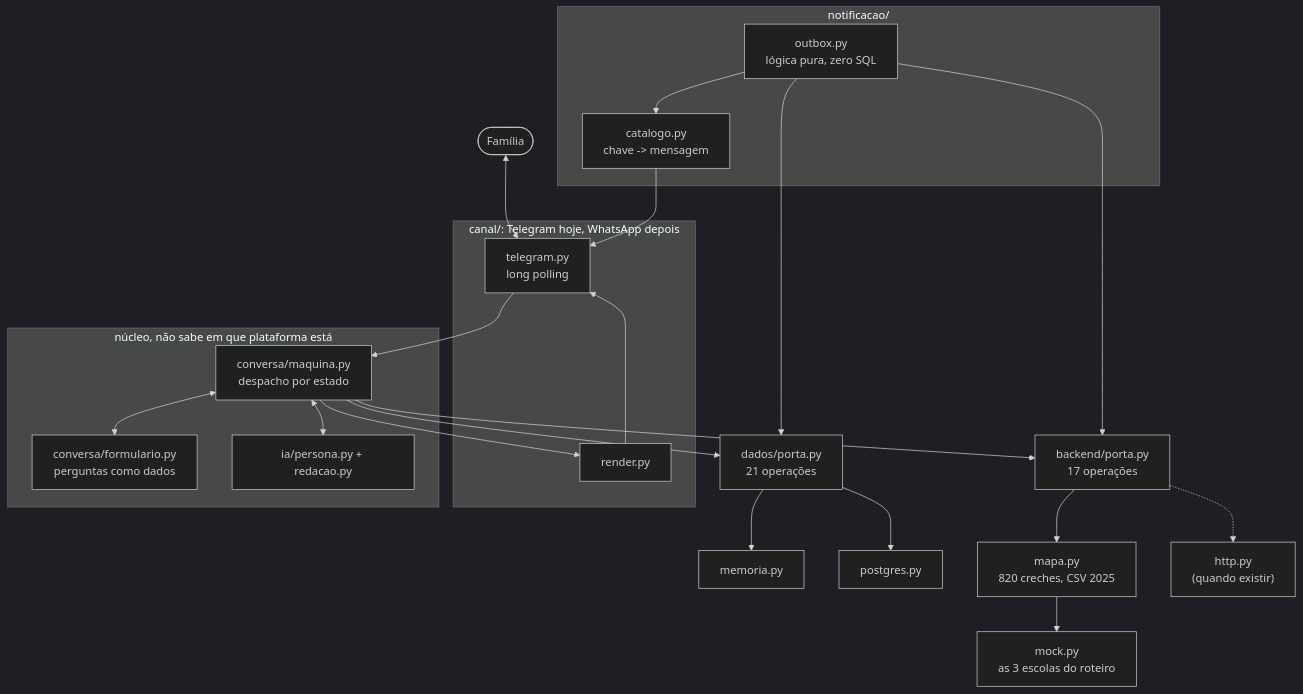
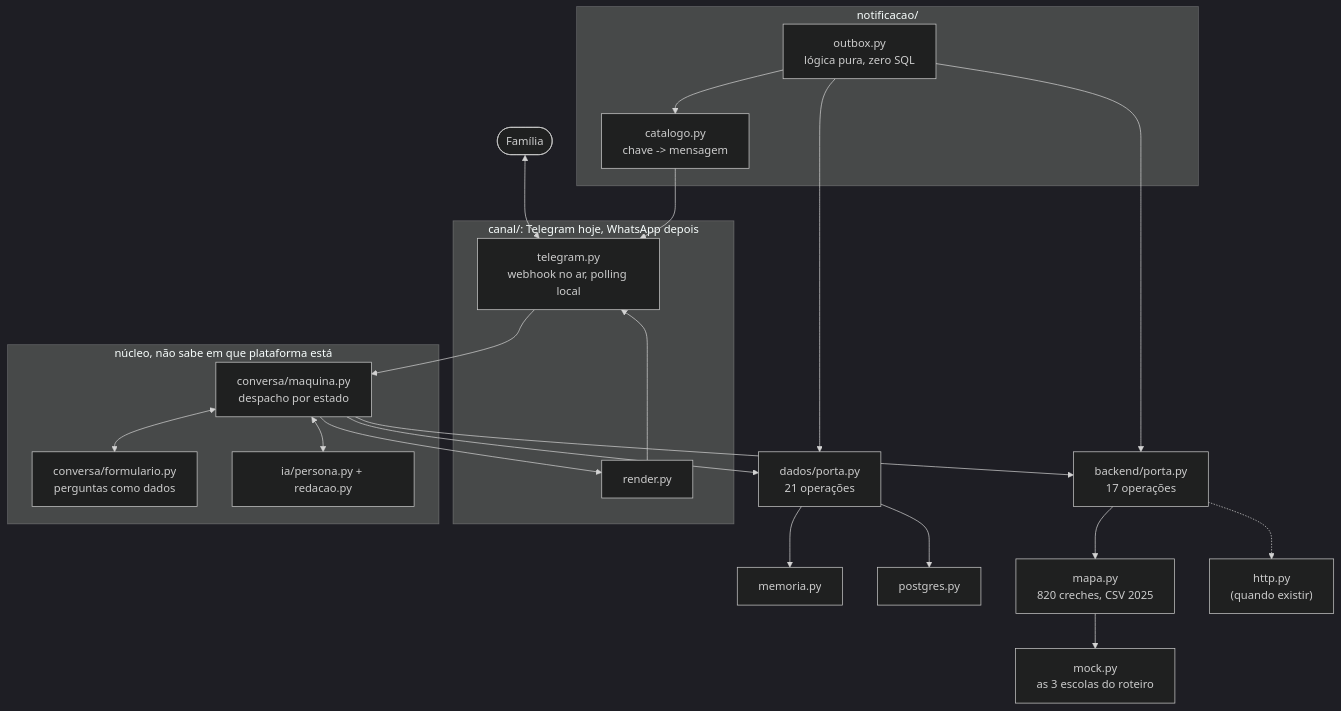
The diagram in docs/ARQUITETURA.md (GuilhermeRozenblat/Hackathon-claude), drawn with Mermaid (dark theme) before and after one commit. The commit also changed other lines of this file and 49 other files, not shown here.

````diff
--- a/docs/ARQUITETURA.md
+++ b/docs/ARQUITETURA.md
@@ -55,39 +57,39 @@
 ```mermaid
 flowchart TB
     U([Família])
 
     subgraph CANAL["canal/: Telegram hoje, WhatsApp depois"]
-        TG["telegram.py<br/>long polling"]
+        TG["telegram.py<br/>webhook no ar, polling local"]
         RD["render.py"]
     end
 
     subgraph NUCLEO["núcleo, não sabe em que plataforma está"]
         MAQ["conversa/maquina.py<br/>despacho por estado"]
         FORM["conversa/formulario.py<br/>perguntas como dados"]
         PERS["ia/persona.py + redacao.py"]
     end
 
     PD["dados/porta.py<br/>21 operações"]
     PB["backend/porta.py<br/>17 operações"]
 
     MEM["memoria.py"]
     SQL["postgres.py"]
     MAPA["mapa.py<br/>820 creches, CSV 2025"]
     MOCK["mock.py<br/>as 3 escolas do roteiro"]
     HTTP["http.py<br/>(quando existir)"]
 
     subgraph NOT["notificacao/"]
         OBX["outbox.py<br/>lógica pura, zero SQL"]
         CAT["catalogo.py<br/>chave -> mensagem"]
     end
 
     U <--> TG --> MAQ --> RD --> TG
     MAQ <--> FORM
     MAQ <--> PERS
     MAQ --> PD & PB
     PD --> MEM & SQL
     PB --> MAPA --> MOCK
     PB -.-> HTTP
     OBX --> PD & PB
     OBX --> CAT --> TG
 ```
````
